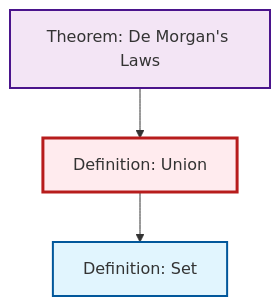
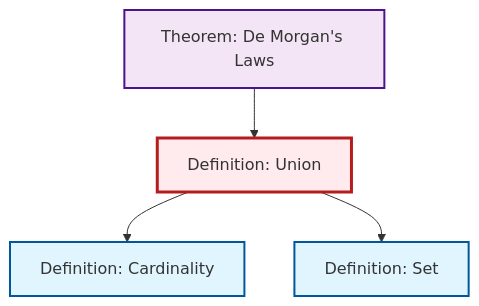
Before and after one commit to RK0429/ModernMath: the diagram in content/en/logic-set-theory/def-union.qmd, drawn with Mermaid. The commit also changed 581 other files, not shown here.

````diff
--- a/content/en/logic-set-theory/def-union.qmd
+++ b/content/en/logic-set-theory/def-union.qmd
@@ -54,17 +54,20 @@
 ```{mermaid}
 %%| fig-cap: "Local dependency graph"
 graph TD
     classDef definition fill:#e1f5fe,stroke:#01579b,stroke-width:2px
     classDef theorem fill:#f3e5f5,stroke:#4a148c,stroke-width:2px
     classDef axiom fill:#fff3e0,stroke:#e65100,stroke-width:2px
     classDef example fill:#e8f5e9,stroke:#1b5e20,stroke-width:2px
     classDef current fill:#ffebee,stroke:#b71c1c,stroke-width:3px
+    thm-de-morgan["Theorem: De Morgan's Laws"]:::theorem
+    def-cardinality["Definition: Cardinality"]:::definition
+    def-union["Definition: Union"]:::definition
     def-set["Definition: Set"]:::definition
-    thm-de-morgan["Theorem: De Morgan's Laws"]:::theorem
-    def-union["Definition: Union"]:::definition
+    def-union --> def-cardinality
+    thm-de-morgan --> def-union
     def-union --> def-set
-    thm-de-morgan --> def-union
     class def-union current
+    click thm-de-morgan "thm-de-morgan.html" "Go to De Morgan's Laws theorem"
+    click def-cardinality "def-cardinality.html" "Go to Cardinality definition"
     click def-set "def-set.html" "Go to Set definition"
-    click thm-de-morgan "thm-de-morgan.html" "Go to De Morgan's Laws theorem"
 ```
````
